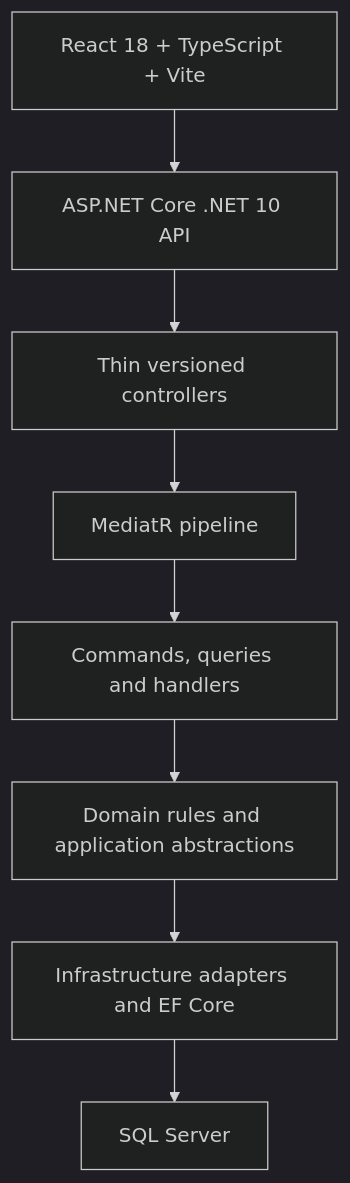
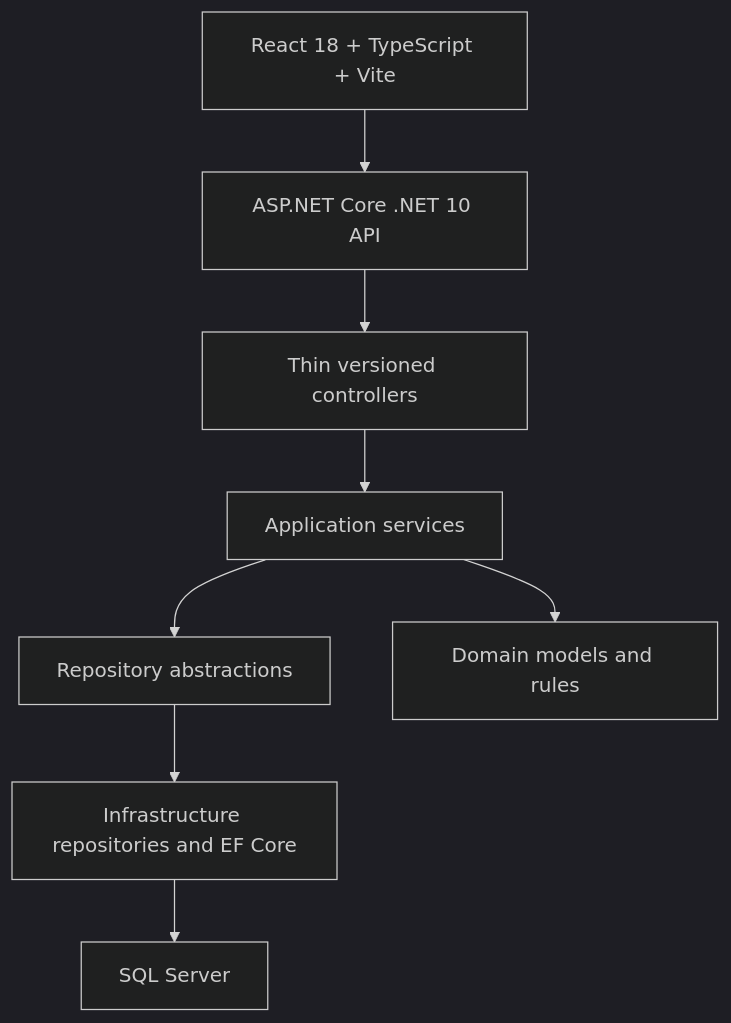
Before and after one commit to Hanyx115/Learning-Platform-Andalusia: the second of 6 diagrams in README.md, drawn with Mermaid (dark theme). The commit also changed other lines of this file and 11 other files, not shown here.

````diff
--- a/README.md
+++ b/README.md
@@ -222,19 +221,19 @@
 ```mermaid
 flowchart TD
     FE["React 18 + TypeScript + Vite"]
     API["ASP.NET Core .NET 10 API"]
     CTL["Thin versioned controllers"]
-    MED["MediatR pipeline"]
-    USE["Commands, queries and handlers"]
-    CORE["Domain rules and application abstractions"]
-    INF["Infrastructure adapters and EF Core"]
+    SVC["Application services"]
+    REP["Repository abstractions"]
+    INF["Infrastructure repositories and EF Core"]
+    CORE["Domain models and rules"]
     DB["SQL Server"]
 
     FE --> API
     API --> CTL
-    CTL --> MED
-    MED --> USE
-    USE --> CORE
-    CORE --> INF
+    CTL --> SVC
+    SVC --> CORE
+    SVC --> REP
+    REP --> INF
     INF --> DB
 ```
````
